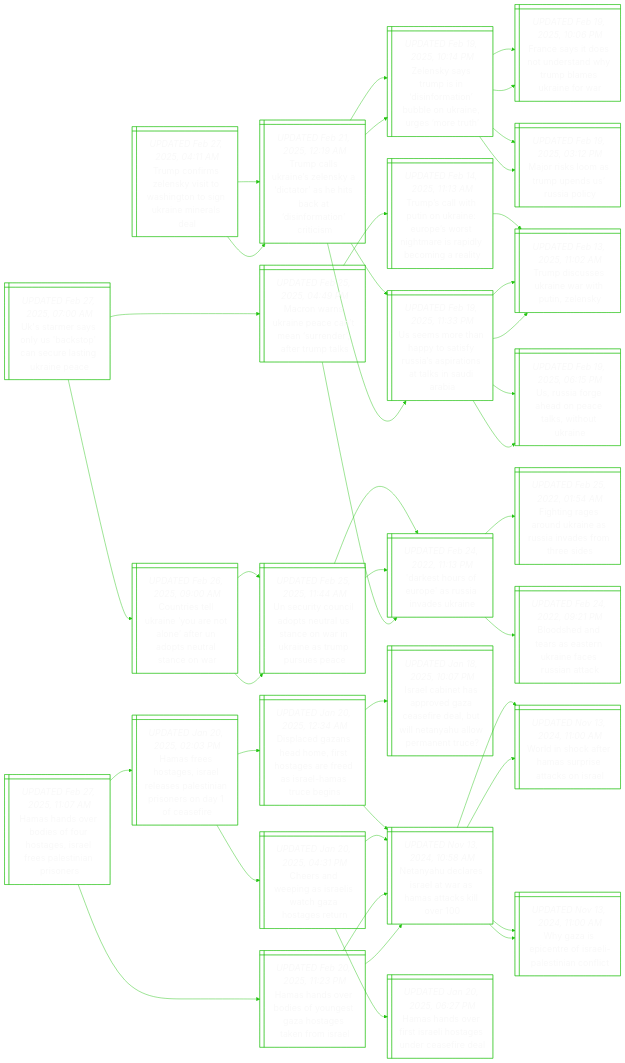
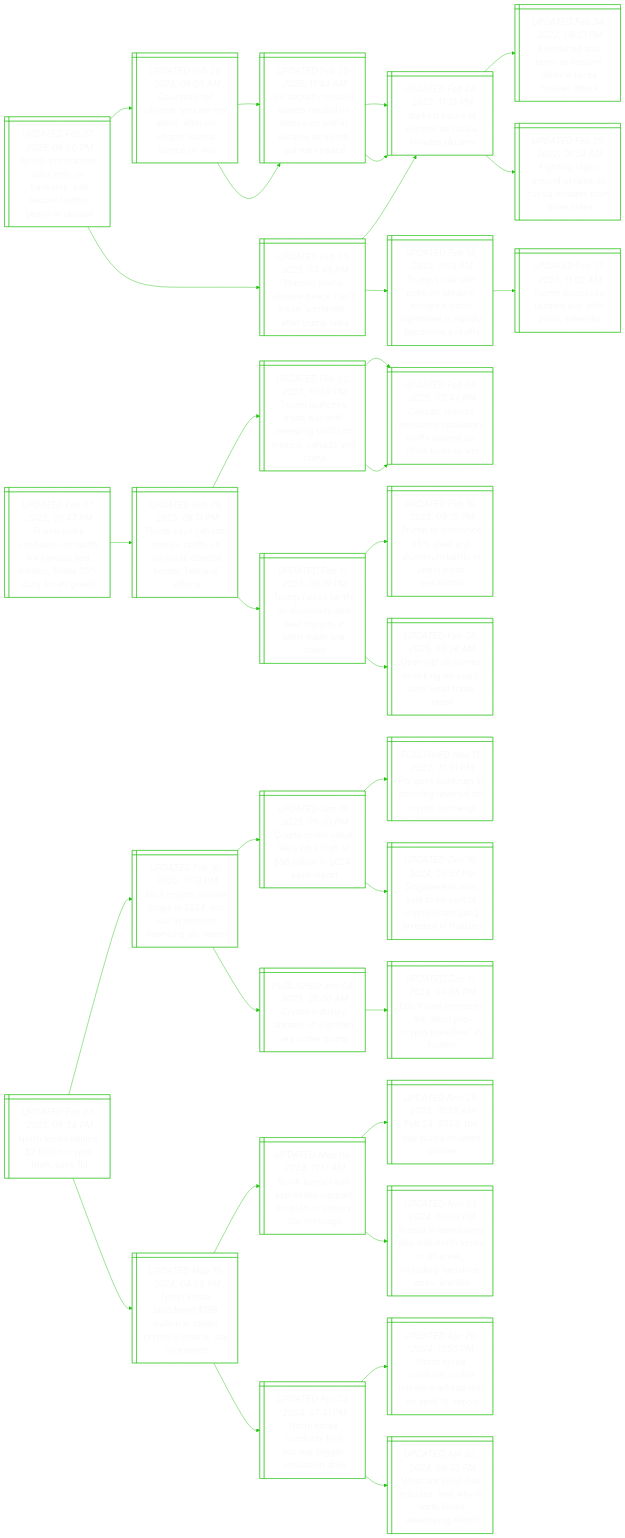
One commit to notJmes/notJmes changed the diagram in README.md. Above: the diagram before and after it, drawn with Mermaid. The commit also changed other lines of this file, not shown here.

````diff
--- a/README.md
+++ b/README.md
@@ -16,8 +16,8 @@
 flowchart LR
 classDef txtsize font-size:20px;
 
-Uasnbtnrtkee@{ shape: win-pane, label: "_UPDATED Feb 27, 2025, 07:00 AM_
-Uk's starmer says only us 'backstop' can secure lasting ukraine peace" }
+BstroSsauspia@{ shape: win-pane, label: "_UPDATED Feb 27, 2025, 06:00 PM_
+British pm starmer says only us ‘backstop’ can secure lasting peace in ukraine" }
 CreryelfNttto@{ shape: win-pane, label: "_UPDATED Feb 26, 2025, 09:00 AM_
 Countries tell ukraine ‘you are not alone’ after un adopts neutral stance on war" }
 UuCipuUnwUnruse@{ shape: win-pane, label: "_UPDATED Feb 25, 2025, 11:44 AM_
@@ -41,108 +41,84 @@
 Tdskeitly@{ shape: win-pane, label: "_UPDATED Feb 13, 2025, 11:02 AM_
 Trump discusses ukraine war with putin, zelensky" }
 
-Uasnbtnrtkee:::txtsize --> CreryelfNttto:::txtsize
+BstroSsauspia:::txtsize --> CreryelfNttto:::txtsize
 CreryelfNttto:::txtsize --> UuCipuUnwUnruse:::txtsize
 UuCipuUnwUnruse:::txtsize --> DsruasvUn:::txtsize
 CreryelfNttto:::txtsize --> UuCipuUnwUnruse:::txtsize
 UuCipuUnwUnruse:::txtsize --> DsruasvUn:::txtsize
-Uasnbtnrtkee:::txtsize --> MnsianneaTt:::txtsize
+BstroSsauspia:::txtsize --> MnsianneaTt:::txtsize
 MnsianneaTt:::txtsize --> DsruasvUn:::txtsize
 DsruasvUn:::txtsize --> Bsnranicsak:::txtsize
 DsruasvUn:::txtsize --> Figokesnsts:::txtsize
 MnsianneaTt:::txtsize --> Tswunirwnmsdcgl:::txtsize
 Tswunirwnmsdcgl:::txtsize --> Tdskeitly:::txtsize
 
-Tcrlytstskere@{ shape: win-pane, label: "_UPDATED Feb 27, 2025, 04:11 AM_
-Trump confirms zelensky visit to washington to sign ukraine minerals deal" }
-TcUnlytaicioiis@{ shape: win-pane, label: "_UPDATED Feb 21, 2025, 12:19 AM_
-Trump calls ukraine’s zelensky a ‘dictator’ as he hits back at ‘disinformation’ criticism" }
-Umehtiusrnanii@{ shape: win-pane, label: "_UPDATED Feb 19, 2025, 11:33 PM_
-Us seems more than happy to satisfy russia’s aspirations at talks in saudi arabia" }
-Usreptwua@{ shape: win-pane, label: "_UPDATED Feb 19, 2025, 06:15 PM_
-Us, russia forge ahead on peace talks, without ukraine" }
-Tdskeitly@{ shape: win-pane, label: "_UPDATED Feb 13, 2025, 11:02 AM_
-Trump discusses ukraine war with putin, zelensky" }
-Zsymnnaberumr@{ shape: win-pane, label: "_UPDATED Feb 19, 2025, 10:14 PM_
-Zelensky says trump is in ‘disinformation’ bubble on ukraine, urges ‘more truth’" }
-Mrlspdupy@{ shape: win-pane, label: "_UPDATED Feb 19, 2025, 03:12 PM_
-Major risks loom as trump upends us’ russia policy" }
-Feisnthmmrfr@{ shape: win-pane, label: "_UPDATED Feb 19, 2025, 10:06 PM_
-France says it does not understand why trump blames ukraine for war" }
-TcUnlytaicioiis@{ shape: win-pane, label: "_UPDATED Feb 21, 2025, 12:19 AM_
-Trump calls ukraine’s zelensky a ‘dictator’ as he hits back at ‘disinformation’ criticism" }
-Umehtiusrnanii@{ shape: win-pane, label: "_UPDATED Feb 19, 2025, 11:33 PM_
-Us seems more than happy to satisfy russia’s aspirations at talks in saudi arabia" }
-Usreptwua@{ shape: win-pane, label: "_UPDATED Feb 19, 2025, 06:15 PM_
-Us, russia forge ahead on peace talks, without ukraine" }
-Tdskeitly@{ shape: win-pane, label: "_UPDATED Feb 13, 2025, 11:02 AM_
-Trump discusses ukraine war with putin, zelensky" }
-Zsymnnaberumr@{ shape: win-pane, label: "_UPDATED Feb 19, 2025, 10:14 PM_
-Zelensky says trump is in ‘disinformation’ bubble on ukraine, urges ‘more truth’" }
-Mrlspdupy@{ shape: win-pane, label: "_UPDATED Feb 19, 2025, 03:12 PM_
-Major risks loom as trump upends us’ russia policy" }
-Feisnthmmrfr@{ shape: win-pane, label: "_UPDATED Feb 19, 2025, 10:06 PM_
-France says it does not understand why trump blames ukraine for war" }
+TsoitfCaefsfg@{ shape: win-pane, label: "_UPDATED Feb 27, 2025, 05:47 PM_
+Trump sows confusion on tariffs for canada and mexico, floats 25% duty for eu goods" }
+TsaMofsusbrafs@{ shape: win-pane, label: "_UPDATED Feb 25, 2025, 08:11 PM_
+Trump says canada, mexico tariffs on schedule despite border, fentanyl efforts" }
+Tlharsiroinnn@{ shape: win-pane, label: "_UPDATED Feb 02, 2025, 10:59 PM_
+Trump launches trade war with sweeping tariffs on mexico, canada and china" }
+CacoriyfaUnnT@{ shape: win-pane, label: "_UPDATED Feb 02, 2025, 02:42 PM_
+Canada, mexico announce retaliatory tariffs against us; china turns to wto" }
+CacoriyfaUnnT@{ shape: win-pane, label: "_UPDATED Feb 02, 2025, 02:42 PM_
+Canada, mexico announce retaliatory tariffs against us; china turns to wto" }
+Trsfanneonsds@{ shape: win-pane, label: "_UPDATED Feb 11, 2025, 06:19 PM_
+Trump raises tariffs on aluminium and steel imports in latest trade war salvo" }
+Ttosauuinsdao@{ shape: win-pane, label: "_UPDATED Feb 10, 2025, 09:10 PM_
+Trump to announce 25% steel and aluminium tariffs in latest trade escalation" }
+Opmogiodet@{ shape: win-pane, label: "_UPDATED Feb 08, 2025, 05:26 AM_
+Open up! us comes knocking on asia’s door amid trade reset" }
 
-Tcrlytstskere:::txtsize --> TcUnlytaicioiis:::txtsize
-TcUnlytaicioiis:::txtsize --> Umehtiusrnanii:::txtsize
-Umehtiusrnanii:::txtsize --> Usreptwua:::txtsize
-Umehtiusrnanii:::txtsize --> Tdskeitly:::txtsize
-TcUnlytaicioiis:::txtsize --> Zsymnnaberumr:::txtsize
-Zsymnnaberumr:::txtsize --> Mrlspdupy:::txtsize
-Zsymnnaberumr:::txtsize --> Feisnthmmrfr:::txtsize
-Tcrlytstskere:::txtsize --> TcUnlytaicioiis:::txtsize
-TcUnlytaicioiis:::txtsize --> Umehtiusrnanii:::txtsize
-Umehtiusrnanii:::txtsize --> Usreptwua:::txtsize
-Umehtiusrnanii:::txtsize --> Tdskeitly:::txtsize
-TcUnlytaicioiis:::txtsize --> Zsymnnaberumr:::txtsize
-Zsymnnaberumr:::txtsize --> Mrlspdupy:::txtsize
-Zsymnnaberumr:::txtsize --> Feisnthmmrfr:::txtsize
+TsoitfCaefsfg:::txtsize --> TsaMofsusbrafs:::txtsize
+TsaMofsusbrafs:::txtsize --> Tlharsiroinnn:::txtsize
+Tlharsiroinnn:::txtsize --> CacoriyfaUnnT:::txtsize
+Tlharsiroinnn:::txtsize --> CacoriyfaUnnT:::txtsize
+TsaMofsusbrafs:::txtsize --> Trsfanneonsds:::txtsize
+Trsfanneonsds:::txtsize --> Ttosauuinsdao:::txtsize
+Trsfanneonsds:::txtsize --> Opmogiodet:::txtsize
 
-HhooorasfPtno@{ shape: win-pane, label: "_UPDATED Feb 27, 2025, 11:07 AM_
-Hamas hands over bodies of four hostages, israel frees palestinian prisoners" }
-Hfhgreeeiiraei@{ shape: win-pane, label: "_UPDATED Jan 20, 2025, 02:03 PM_
-Hamas frees hostages, israel releases palestinian prisoners on day 1 of ceasefire" }
-Daahorssrseaci@{ shape: win-pane, label: "_UPDATED Jan 20, 2025, 12:34 AM_
-Displaced gazans head home, first hostages are freed as israel-hamas truce begins" }
-Ilnsoaarlithomte@{ shape: win-pane, label: "_UPDATED Jan 18, 2025, 10:07 PM_
-Israel cabinet has approved gaza ceasefire deal, but will netanyahu allow permanent truce?" }
-NyeeawHakl@{ shape: win-pane, label: "_UPDATED Nov 13, 2024, 10:58 AM_
-Netanyahu declares israel at war as hamas attacks kill over 100" }
-Csegrshhgt@{ shape: win-pane, label: "_UPDATED Jan 20, 2025, 04:31 PM_
-Cheers and weeping as israelis watch gaza hostages return" }
-NyeeawHakl@{ shape: win-pane, label: "_UPDATED Nov 13, 2024, 10:58 AM_
-Netanyahu declares israel at war as hamas attacks kill over 100" }
-Hhoisianeia@{ shape: win-pane, label: "_UPDATED Jan 20, 2025, 06:27 PM_
-Hamas hands over first israeli hostages under ceasefire deal" }
-HhooonGoeeme@{ shape: win-pane, label: "_UPDATED Feb 20, 2025, 11:23 PM_
-Hamas hands over bodies of youngest gaza hostages taken from israel" }
-NyeeawHakl@{ shape: win-pane, label: "_UPDATED Nov 13, 2024, 10:58 AM_
-Netanyahu declares israel at war as hamas attacks kill over 100" }
-WzptIleint@{ shape: win-pane, label: "_UPDATED Nov 13, 2024, 11:00 AM_
-Why gaza is epicentre of israeli-palestinian conflict" }
-Wiceapaks@{ shape: win-pane, label: "_UPDATED Nov 13, 2024, 11:00 AM_
-World in shock after hamas surprise attacks on israel" }
-NyeeawHakl@{ shape: win-pane, label: "_UPDATED Nov 13, 2024, 10:58 AM_
-Netanyahu declares israel at war as hamas attacks kill over 100" }
-WzptIleint@{ shape: win-pane, label: "_UPDATED Nov 13, 2024, 11:00 AM_
-Why gaza is epicentre of israeli-palestinian conflict" }
-Wiceapaks@{ shape: win-pane, label: "_UPDATED Nov 13, 2024, 11:00 AM_
-World in shock after hamas surprise attacks on israel" }
+NKbdiyhaI@{ shape: win-pane, label: "_UPDATED Feb 27, 2025, 06:34 PM_
+North korea behind $2 billion crypto theft, says fbi" }
+Iiplrnseinne@{ shape: win-pane, label: "_UPDATED Feb 10, 2025, 11:13 PM_
+Illicit crypto volume drops in 2024, but use in terrorist financing up: report" }
+Coeelaolnrt@{ shape: win-pane, label: "_UPDATED Jan 15, 2025, 09:00 PM_
+Crypto crime value likely hit a high of $56 billion in 2024, says report" }
+Fekinrsrth@{ shape: win-pane, label: "_PUBLISHED Nov 11, 2022, 10:51 PM_
+Ftx goes bankrupt in stunning reversal for crypto exchange" }
+Spnabtycneii@{ shape: win-pane, label: "_UPDATED Dec 16, 2024, 05:57 PM_
+Singaporean man said to be part of crypto scam gang arrested in thailand" }
+Cosrolrem@{ shape: win-pane, label: "_PUBLISHED Jan 04, 2025, 05:00 AM_
+Crypto industry dreams of a golden era under trump" }
+Erremrpeniy@{ shape: win-pane, label: "_UPDATED Dec 11, 2024, 04:08 PM_
+Eric trump promises the ‘most pro-crypto president’ in history" }
+NKleinoricUe@{ shape: win-pane, label: "_UPDATED May 15, 2024, 04:08 PM_
+North korea laundered $199 million in stolen crypto in march, say un experts" }
+NKsxspftVrmg@{ shape: win-pane, label: "_UPDATED May 09, 2024, 11:17 AM_
+North korea’s kim expresses support for putin in victory day message" }
+Feuiea@{ shape: win-pane, label: "_UPDATED Nov 25, 2024, 10:29 AM_
+Feb 24, 2022: the day russia invaded ukraine" }
+Raviehhalsustne@{ shape: win-pane, label: "_UPDATED Nov 01, 2024, 02:39 PM_
+Russia is developing ties with north korea in all areas, including ‘sensitive’ ones: kremlin" }
+NKccrcteuol@{ shape: win-pane, label: "_UPDATED Apr 23, 2024, 07:41 PM_
+North korea conducts first ‘nuclear trigger’ simulation drills" }
+NKccuieespe@{ shape: win-pane, label: "_UPDATED Apr 20, 2024, 11:50 PM_
+North korea conducts cruise missile warhead test on april 19: report" }
+Wriliniteenm@{ shape: win-pane, label: "_UPDATED Apr 02, 2024, 06:33 PM_
+What are solid-fuel missiles, and why is north korea developing them?" }
 
-HhooorasfPtno:::txtsize --> Hfhgreeeiiraei:::txtsize
-Hfhgreeeiiraei:::txtsize --> Daahorssrseaci:::txtsize
-Daahorssrseaci:::txtsize --> Ilnsoaarlithomte:::txtsize
-Daahorssrseaci:::txtsize --> NyeeawHakl:::txtsize
-Hfhgreeeiiraei:::txtsize --> Csegrshhgt:::txtsize
-Csegrshhgt:::txtsize --> NyeeawHakl:::txtsize
-Csegrshhgt:::txtsize --> Hhoisianeia:::txtsize
-HhooorasfPtno:::txtsize --> HhooonGoeeme:::txtsize
-HhooonGoeeme:::txtsize --> NyeeawHakl:::txtsize
-NyeeawHakl:::txtsize --> WzptIleint:::txtsize
-NyeeawHakl:::txtsize --> Wiceapaks:::txtsize
-HhooonGoeeme:::txtsize --> NyeeawHakl:::txtsize
-NyeeawHakl:::txtsize --> WzptIleint:::txtsize
-NyeeawHakl:::txtsize --> Wiceapaks:::txtsize
+NKbdiyhaI:::txtsize --> Iiplrnseinne:::txtsize
+Iiplrnseinne:::txtsize --> Coeelaolnrt:::txtsize
+Coeelaolnrt:::txtsize --> Fekinrsrth:::txtsize
+Coeelaolnrt:::txtsize --> Spnabtycneii:::txtsize
+Iiplrnseinne:::txtsize --> Cosrolrem:::txtsize
+Cosrolrem:::txtsize --> Erremrpeniy:::txtsize
+NKbdiyhaI:::txtsize --> NKleinoricUe:::txtsize
+NKleinoricUe:::txtsize --> NKsxspftVrmg:::txtsize
+NKsxspftVrmg:::txtsize --> Feuiea:::txtsize
+NKsxspftVrmg:::txtsize --> Raviehhalsustne:::txtsize
+NKleinoricUe:::txtsize --> NKccrcteuol:::txtsize
+NKccrcteuol:::txtsize --> NKccuieespe:::txtsize
+NKccrcteuol:::txtsize --> Wriliniteenm:::txtsize
 
 ```
````
